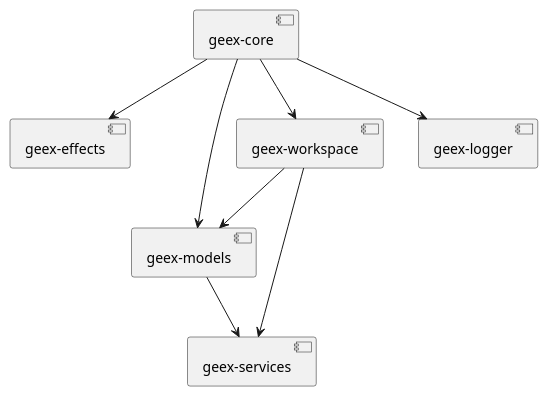
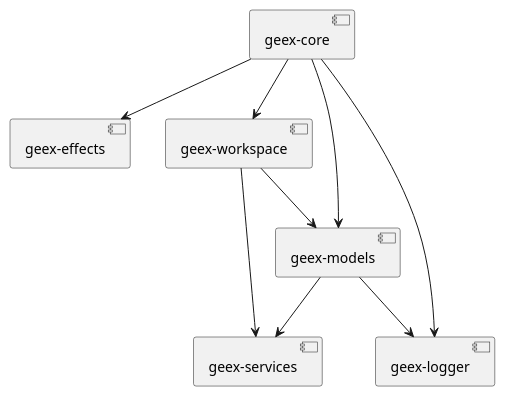
The diagram in src/site/diagrams/modules.puml (ProgrammingLife2015/geex), drawn with PlantUML before and after one commit.

Commit message:
Update module model

```diff
--- a/src/site/diagrams/modules.puml
+++ b/src/site/diagrams/modules.puml
@@ -1,13 +1,14 @@
 @startuml
 
 [geex-core] --> [geex-effects]
 [geex-core] --> [geex-workspace]
 [geex-core] --> [geex-models]
 [geex-core] --> [geex-logger]
 
 [geex-models] --> [geex-services]
+[geex-models] --> [geex-logger]
 
 [geex-workspace] --> [geex-models]
 [geex-workspace] --> [geex-services]
 
 @enduml
```
